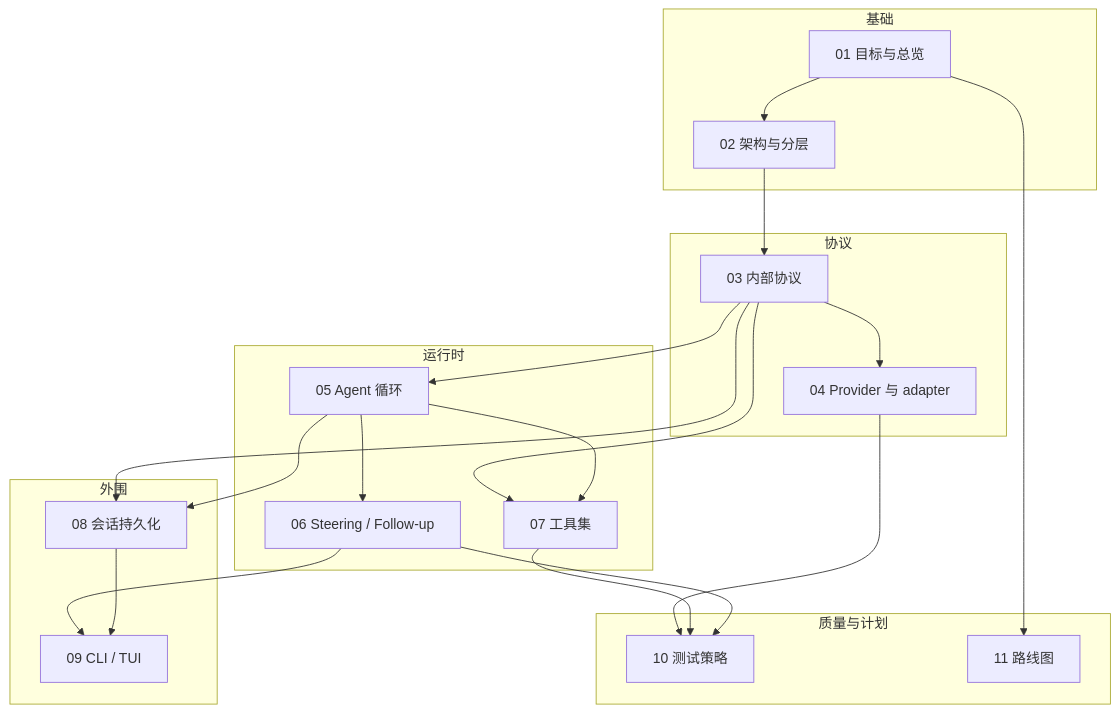
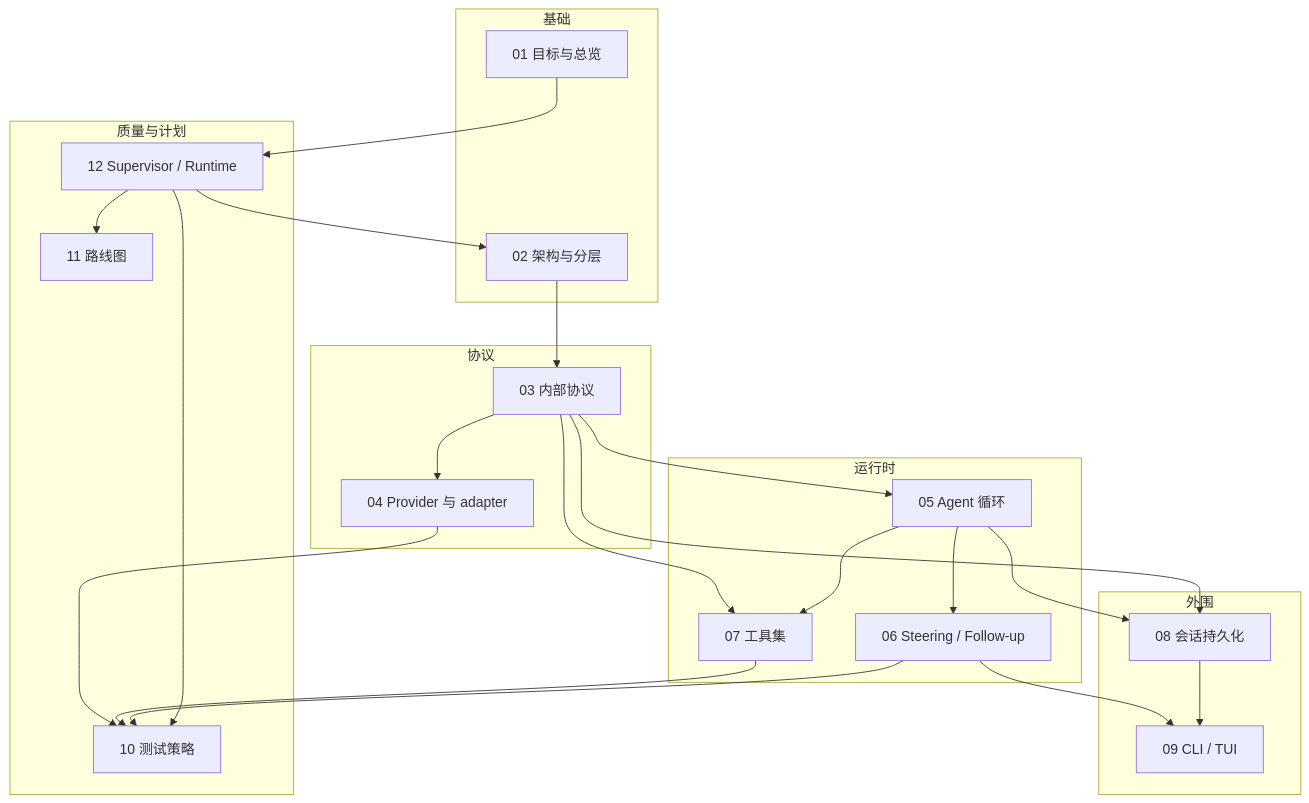
Before and after one commit to rita152/coda: the diagram in docs/README.md, drawn with Mermaid. The commit also changed other lines of this file and 14 other files, not shown here.

First line of the commit message:
Freeze supervisor runtime design baseline

````diff
--- a/docs/README.md
+++ b/docs/README.md
@@ -19,40 +19,43 @@
 ```mermaid
 graph TD
   subgraph 基础
     O1[01 目标与总览]
     A2[02 架构与分层]
   end
   subgraph 协议
     P3[03 内部协议]
     PA4[04 Provider 与 adapter]
   end
   subgraph 运行时
     AL5[05 Agent 循环]
     SF6[06 Steering / Follow-up]
     T7[07 工具集]
   end
   subgraph 外围
     S8[08 会话持久化]
     C9[09 CLI / TUI]
   end
   subgraph 质量与计划
     TE10[10 测试策略]
     RM11[11 路线图]
+    SR12[12 Supervisor / Runtime]
   end
 
-  O1 --> A2
+  O1 --> SR12
+  SR12 --> A2
   A2 --> P3
   P3 --> PA4
   P3 --> AL5
   AL5 --> SF6
   P3 --> T7
   AL5 --> T7
   P3 --> S8
   AL5 --> S8
   SF6 --> C9
   S8 --> C9
   PA4 --> TE10
   T7 --> TE10
   SF6 --> TE10
-  O1 --> RM11
+  SR12 --> RM11
+  SR12 --> TE10
 ```
````
